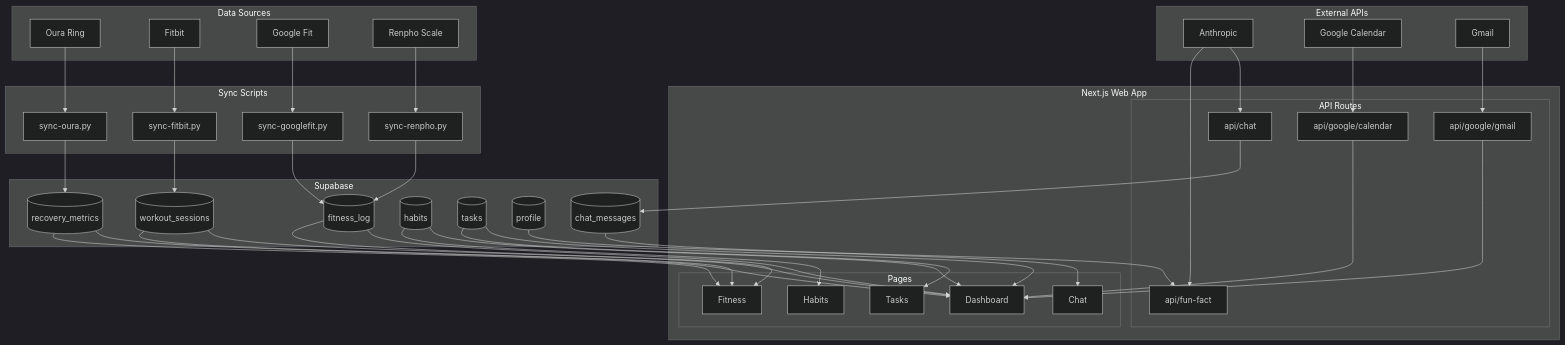
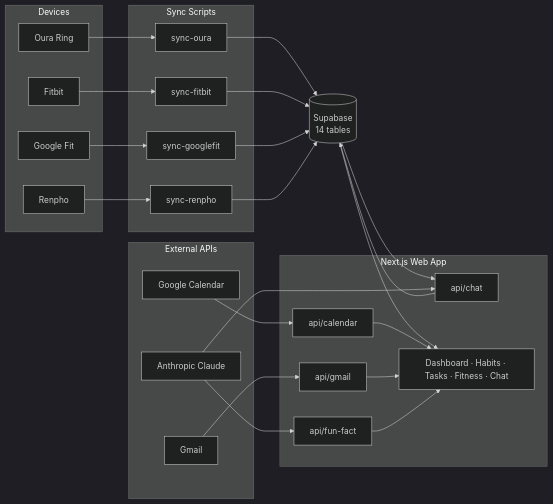
The diagram in README.md (Theioz/mr-bridge-assistant), drawn with Mermaid (dark theme) before and after one commit.

Commit message:
docs: simplify architecture diagram to LR flowchart

````diff
--- a/README.md
+++ b/README.md
@@ -7,64 +7,46 @@
 ```mermaid
-graph TD
-    subgraph Sources["Data Sources"]
-        OF[Oura Ring]
-        FB[Fitbit]
-        GF[Google Fit]
-        RP[Renpho Scale]
+flowchart LR
+    subgraph devices["Devices"]
+        oura["Oura Ring"]
+        fitbit["Fitbit"]
+        gfit["Google Fit"]
+        renpho["Renpho"]
     end
 
-    subgraph Scripts["Sync Scripts"]
-        SO[sync-oura.py]
-        SF[sync-fitbit.py]
-        SG[sync-googlefit.py]
-        SR[sync-renpho.py]
+    subgraph scripts["Sync Scripts"]
+        so["sync-oura"]
+        sf["sync-fitbit"]
+        sg["sync-googlefit"]
+        sr["sync-renpho"]
     end
 
-    subgraph DB["Supabase"]
-        RM[(recovery_metrics)]
-        WS[(workout_sessions)]
-        FL[(fitness_log)]
-        HB[(habits)]
-        TK[(tasks)]
-        PR[(profile)]
-        CS[(chat_messages)]
+    db[("Supabase\n14 tables")]
+
+    subgraph web["Next.js Web App"]
+        rc["api/chat"]
+        rf["api/fun-fact"]
+        rcal["api/calendar"]
+        rmail["api/gmail"]
+        pg["Dashboard · Habits · Tasks · Fitness · Chat"]
     end
 
-    subgraph Web["Next.js Web App"]
-        subgraph Routes["API Routes"]
-            CA["api/chat"]
-            FN["api/fun-fact"]
-            GC["api/google/calendar"]
-            GM["api/google/gmail"]
-        end
-        subgraph Pages["Pages"]
-            PD[Dashboard]
-            PH[Habits]
-            PT[Tasks]
-            PF[Fitness]
-            PC[Chat]
-        end
+    subgraph ext["External APIs"]
+        cl["Anthropic Claude"]
+        gc["Google Calendar"]
+        gm["Gmail"]
     end
 
-    subgraph Ext["External APIs"]
-        AN[Anthropic]
-        GCA[Google Calendar]
-        GMA[Gmail]
-    end
+    oura --> so --> db
+    fitbit --> sf --> db
+    gfit --> sg --> db
+    renpho --> sr --> db
 
-    OF --> SO --> RM
-    FB --> SF --> WS
-    GF --> SG --> FL
-    RP --> SR --> FL
+    db --> pg
+    db --> rc
+    rc --> db
 
-    RM & WS & FL --> PD & PF
-    HB --> PD & PH
-    TK --> PD & PT
-    CS --> PC
-    PR --> FN
-
-    AN --> CA & FN
-    GCA --> GC --> PD
-    GMA --> GM --> PD
-    CA --> CS
+    cl --> rc & rf
+    gc --> rcal --> pg
+    gm --> rmail --> pg
+    rf --> pg
 ```
````
